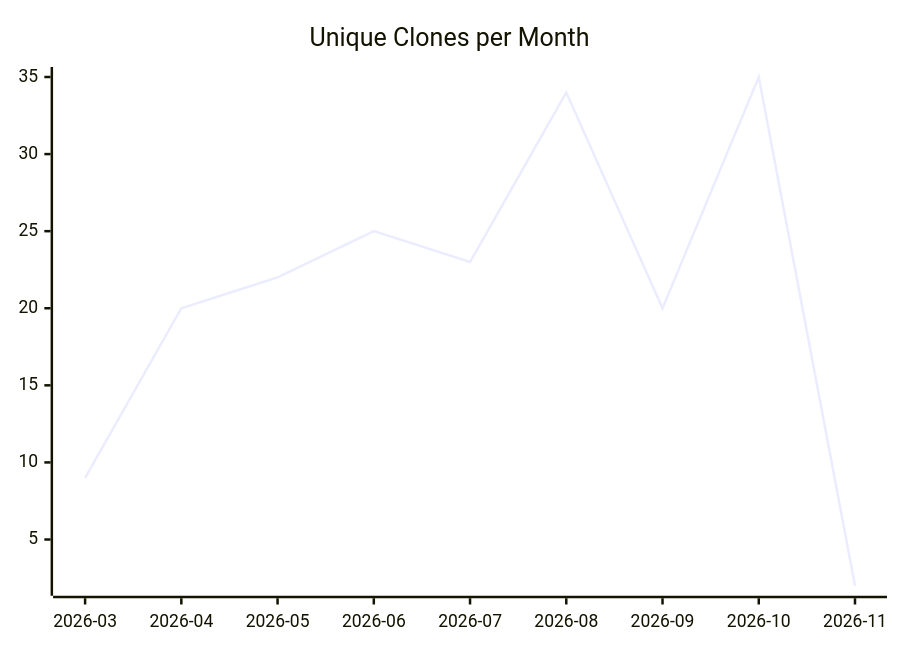
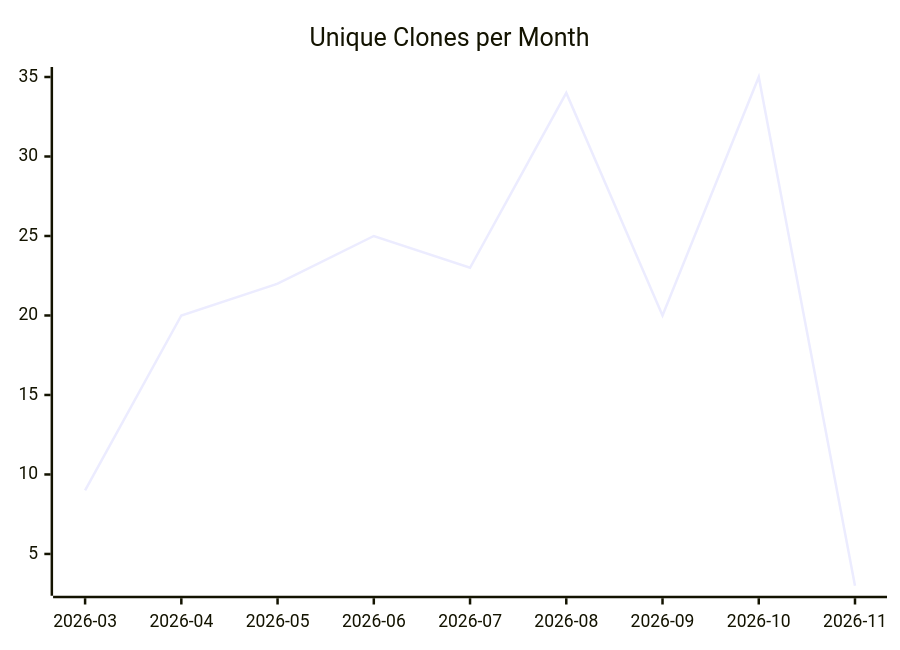
Before and after one commit to justdavis-family/github-analytics-data: the third of 3 diagrams in karlmdavis/kxml2/README.md, drawn with Mermaid. The commit also changed other lines of this file and 192 other files, not shown here.

````diff
--- a/karlmdavis/kxml2/README.md
+++ b/karlmdavis/kxml2/README.md
@@ -19,6 +19,6 @@
 ```mermaid
 xychart-beta
   title "Unique Clones per Month"
   x-axis ["2026-03", "2026-04", "2026-05", "2026-06", "2026-07", "2026-08", "2026-09", "2026-10", "2026-11"]
-  line [9, 20, 22, 25, 23, 34, 20, 35, 2]
+  line [9, 20, 22, 25, 23, 34, 20, 35, 3]
 ```
````
